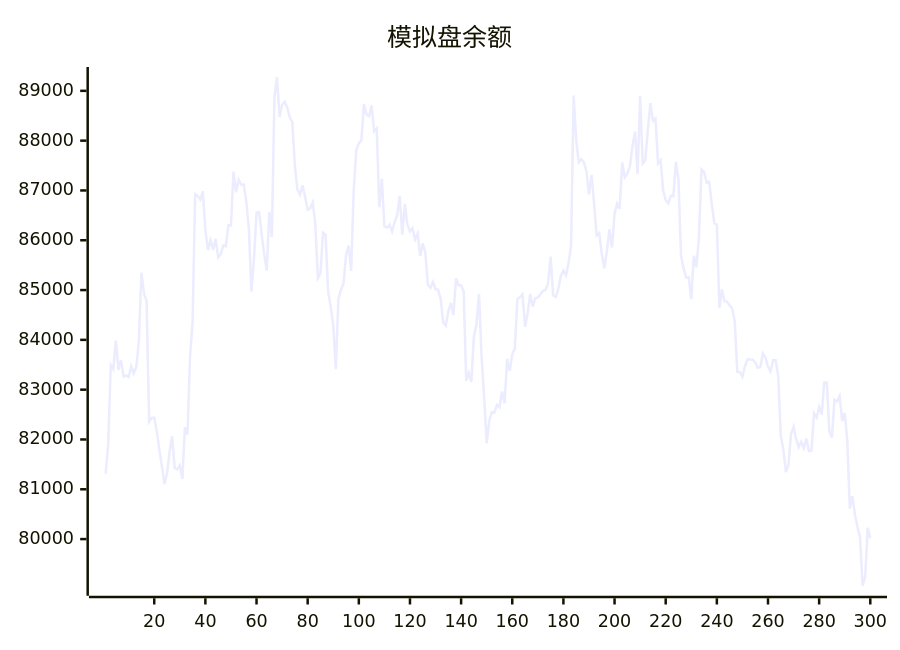
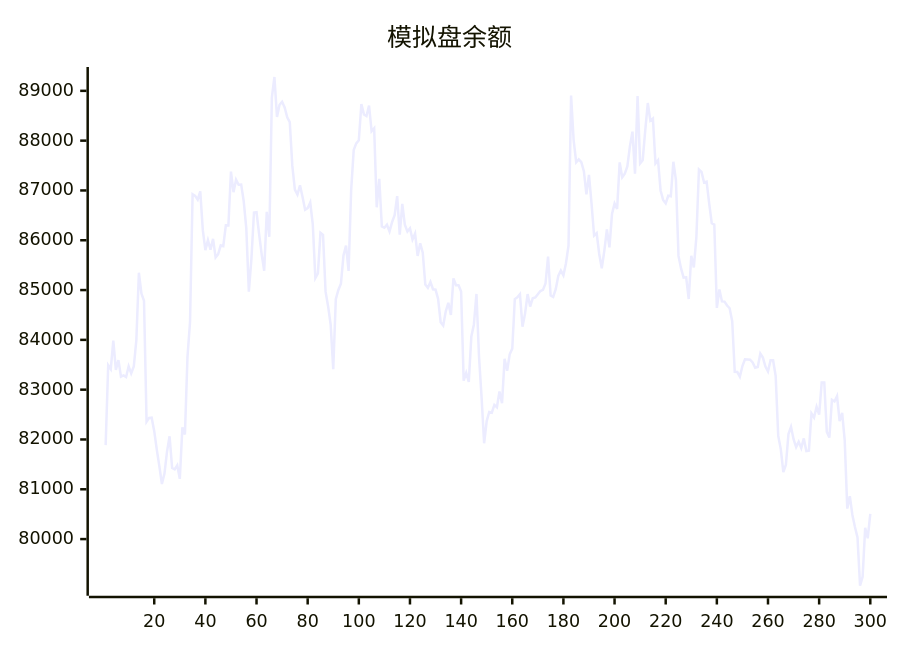
One commit to aahl/ai-trading changed the diagram in README.md. Above: the diagram before and after it, drawn with Mermaid. The commit also changed other lines of this file and 1 other file, not shown here.

````diff
--- a/README.md
+++ b/README.md
@@ -5,5 +5,5 @@
 ```mermaid
 xychart
     title "模拟盘余额"
-    line [81314,81887,83490,83414,83984,83396,83594,83261,83287,83253,83470,83327,83465,83987,85348,84930,84786,82355,82433,82438,82167,81795,81466,81105,81315,81756,82064,81426,81398,81481,81210,82242,82099,83658,84359,86925,86892,86814,86980,86203,85802,86003,85811,86028,85657,85721,85896,85880,86300,86299,87378,86965,87214,87115,87118,86780,86238,84966,85623,86555,86562,86129,85722,85387,86569,86070,88870,89278,88477,88720,88781,88668,88467,88372,87493,87018,86917,87102,86870,86613,86644,86758,86317,85242,85334,86149,86106,84968,84671,84302,83410,84816,85001,85127,85693,85891,85384,87001,87811,87945,88007,88734,88528,88495,88705,88189,88248,86662,87234,86279,86251,86314,86177,86364,86503,86886,86114,86731,86310,86176,86240,86017,86136,85685,85938,85749,85111,85044,85164,85016,85008,84824,84354,84287,84572,84745,84500,85234,85096,85095,84970,83180,83338,83157,84070,84309,84922,83667,82850,81924,82369,82552,82539,82695,82648,82962,82728,83619,83378,83710,83825,84819,84854,84917,84265,84527,84919,84668,84834,84850,84916,84981,85004,85131,85674,84891,84864,85019,85284,85393,85294,85538,85894,88904,88012,87567,87625,87568,87386,86920,87313,86737,86094,86143,85725,85437,85787,86219,85859,86526,86740,86630,87563,87264,87335,87483,87886,88180,87335,88894,87544,87608,88207,88755,88401,88444,87543,87608,87000,86810,86740,86894,86884,87576,87209,85686,85435,85251,85255,84820,85689,85453,86066,87420,87373,87161,87178,86740,86341,86315,84643,85012,84772,84768,84690,84635,84376,83360,83357,83259,83474,83608,83606,83602,83548,83440,83454,83724,83644,83464,83365,83590,83592,83275,82072,81806,81344,81492,82109,82254,82006,81848,81955,81829,82022,81769,81776,82522,82441,82656,82498,83144,83144,82150,82038,82797,82763,82872,82367,82536,81981,80612,80862,80484,80242,80034,79063,79245,80226,80016]
+    line [81887,83490,83414,83984,83396,83594,83261,83287,83253,83470,83327,83465,83987,85348,84930,84786,82355,82433,82438,82167,81795,81466,81105,81315,81756,82064,81426,81398,81481,81210,82242,82099,83658,84359,86925,86892,86814,86980,86203,85802,86003,85811,86028,85657,85721,85896,85880,86300,86299,87378,86965,87214,87115,87118,86780,86238,84966,85623,86555,86562,86129,85722,85387,86569,86070,88870,89278,88477,88720,88781,88668,88467,88372,87493,87018,86917,87102,86870,86613,86644,86758,86317,85242,85334,86149,86106,84968,84671,84302,83410,84816,85001,85127,85693,85891,85384,87001,87811,87945,88007,88734,88528,88495,88705,88189,88248,86662,87234,86279,86251,86314,86177,86364,86503,86886,86114,86731,86310,86176,86240,86017,86136,85685,85938,85749,85111,85044,85164,85016,85008,84824,84354,84287,84572,84745,84500,85234,85096,85095,84970,83180,83338,83157,84070,84309,84922,83667,82850,81924,82369,82552,82539,82695,82648,82962,82728,83619,83378,83710,83825,84819,84854,84917,84265,84527,84919,84668,84834,84850,84916,84981,85004,85131,85674,84891,84864,85019,85284,85393,85294,85538,85894,88904,88012,87567,87625,87568,87386,86920,87313,86737,86094,86143,85725,85437,85787,86219,85859,86526,86740,86630,87563,87264,87335,87483,87886,88180,87335,88894,87544,87608,88207,88755,88401,88444,87543,87608,87000,86810,86740,86894,86884,87576,87209,85686,85435,85251,85255,84820,85689,85453,86066,87420,87373,87161,87178,86740,86341,86315,84643,85012,84772,84768,84690,84635,84376,83360,83357,83259,83474,83608,83606,83602,83548,83440,83454,83724,83644,83464,83365,83590,83592,83275,82072,81806,81344,81492,82109,82254,82006,81848,81955,81829,82022,81769,81776,82522,82441,82656,82498,83144,83144,82150,82038,82797,82763,82872,82367,82536,81981,80612,80862,80484,80242,80034,79063,79245,80226,80016,80507]
 ```
````
